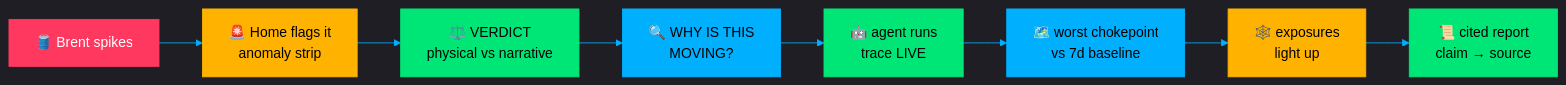
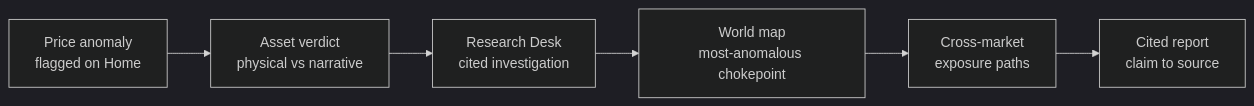
One commit to ankittwentyone/aaj changed the second of 3 diagrams in README.md. Above: the diagram before and after it, drawn with Mermaid. The commit also changed other lines of this file and 137 other files, not shown here.

Commit message:
Ship terminal frontend, map/research fixes, and dev launcher.

````diff
--- a/README.md
+++ b/README.md
@@ -61,15 +126,9 @@
 ```mermaid
-%%{init: {'theme': 'dark', 'themeVariables': {'primaryColor': '#00E676', 'primaryTextColor': '#fff', 'lineColor': '#00B0FF', 'tertiaryColor': '#121212'}}}%%
+%%{init: {'theme': 'dark'}}%%
 flowchart LR
-    classDef hot fill:#ff3860,stroke:#ff3860,color:#fff
-    classDef neon fill:#00E676,stroke:#00E676,color:#000
-    classDef ice fill:#00B0FF,stroke:#00B0FF,color:#000
-    classDef gold fill:#FFB300,stroke:#FFB300,color:#000
-    A[🛢️ Brent spikes]:::hot --> B[🚨 Home flags it<br/>anomaly strip]:::gold
-    B --> C[⚖️ VERDICT<br/>physical vs narrative]:::neon
-    C --> D[🔍 WHY IS THIS<br/>MOVING?]:::ice
-    D --> E[🤖 agent runs<br/>trace LIVE]:::neon
-    E --> F[🗺️ worst chokepoint<br/>vs 7d baseline]:::ice
-    F --> G[🕸️ exposures<br/>light up]:::gold
-    G --> H[📜 cited report<br/>claim → source]:::neon
+    A[Price anomaly<br/>flagged on Home] --> B[Asset verdict<br/>physical vs narrative]
+    B --> C[Research Desk<br/>cited investigation]
+    C --> D[World map<br/>most-anomalous chokepoint]
+    D --> E[Cross-market<br/>exposure paths]
+    E --> F[Cited report<br/>claim to source]
 ```
````
